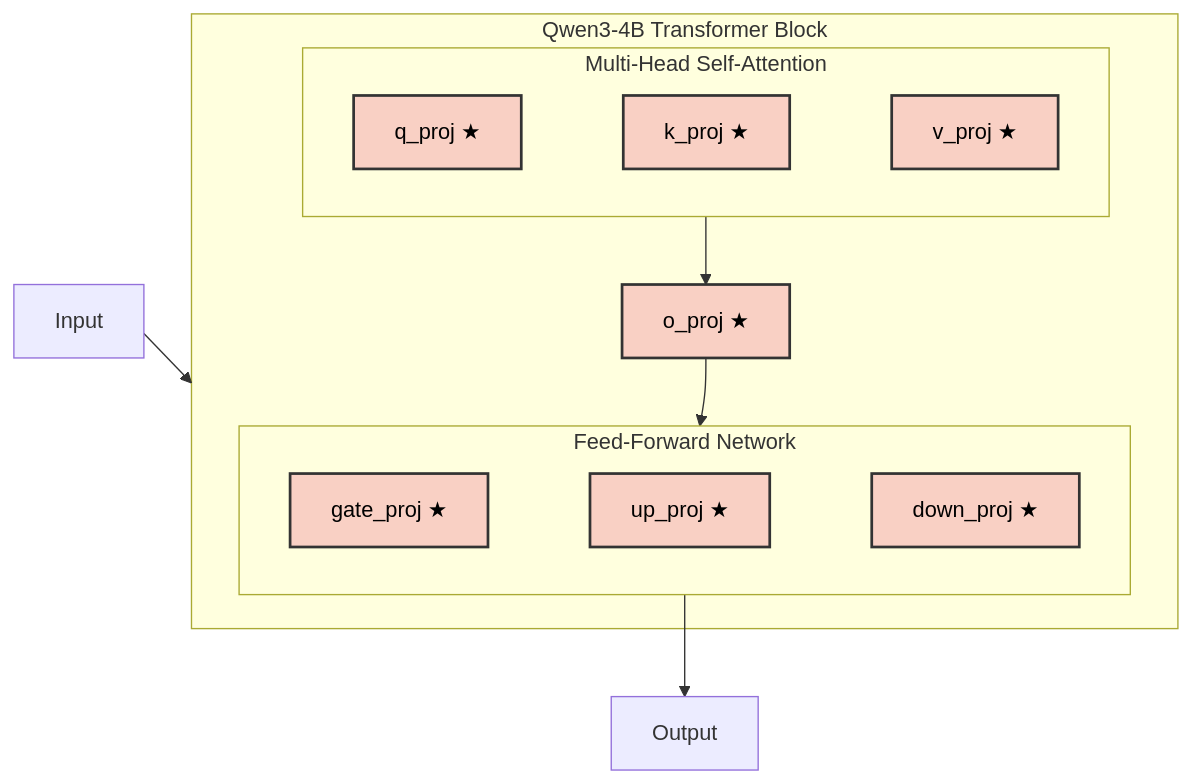
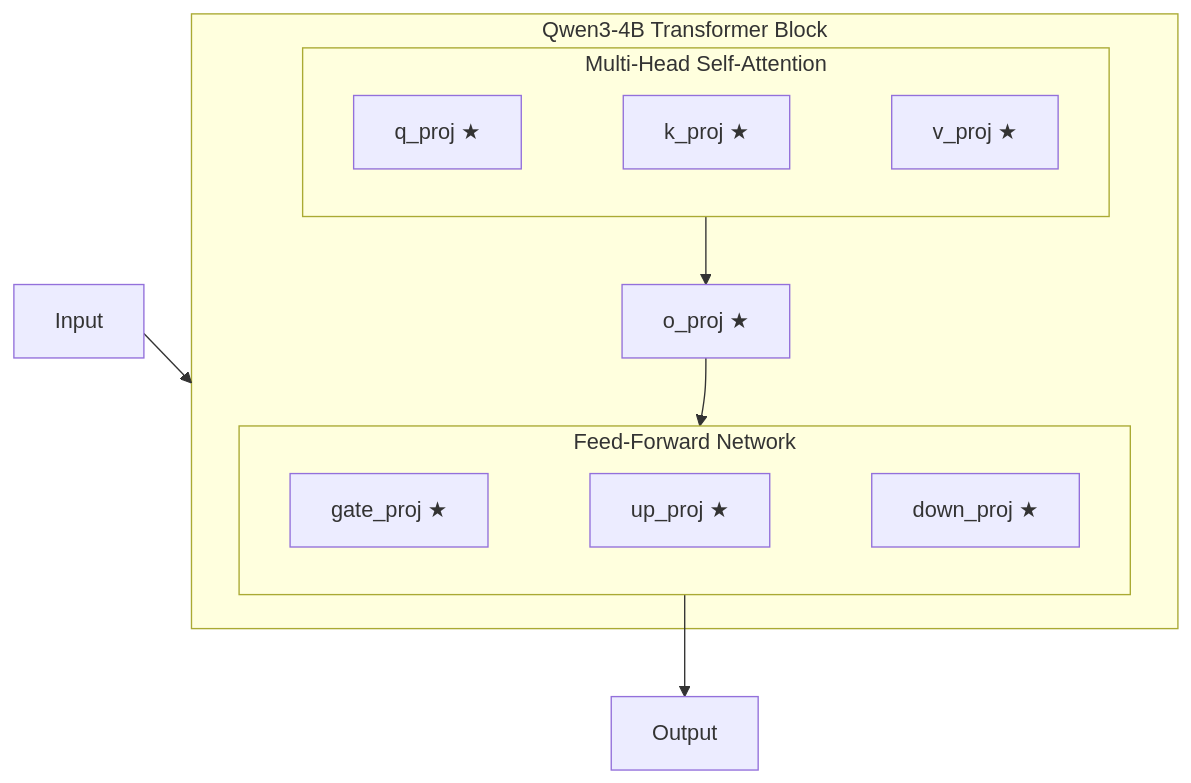
The fifth of 8 diagrams in presentation_content.md (viduvan/Docs), drawn with Mermaid before and after one commit. The commit also changed other lines of this file, not shown here.

````diff
--- a/presentation_content.md
+++ b/presentation_content.md
@@ -287,26 +287,24 @@
 ```mermaid
 flowchart TD
     Input --> Block
     
     subgraph Block ["Qwen3-4B Transformer Block"]
         subgraph Attention ["Multi-Head Self-Attention"]
             direction LR
             Q["q_proj ★"]:::lora ~~~ K["k_proj ★"]:::lora ~~~ V["v_proj ★"]:::lora
         end
         
         O["o_proj ★"]:::lora
         
         subgraph FFN ["Feed-Forward Network"]
             direction LR
             Gate["gate_proj ★"]:::lora ~~~ Up["up_proj ★"]:::lora ~~~ Down["down_proj ★"]:::lora
         end
         
         Attention --> O
         O --> FFN
     end
     
     FFN --> Output
     
-    classDef lora fill:#f9d0c4,stroke:#333,stroke-width:2px,color:#000;
-    %% (★) Indicates LoRA is applied
 ```
````
